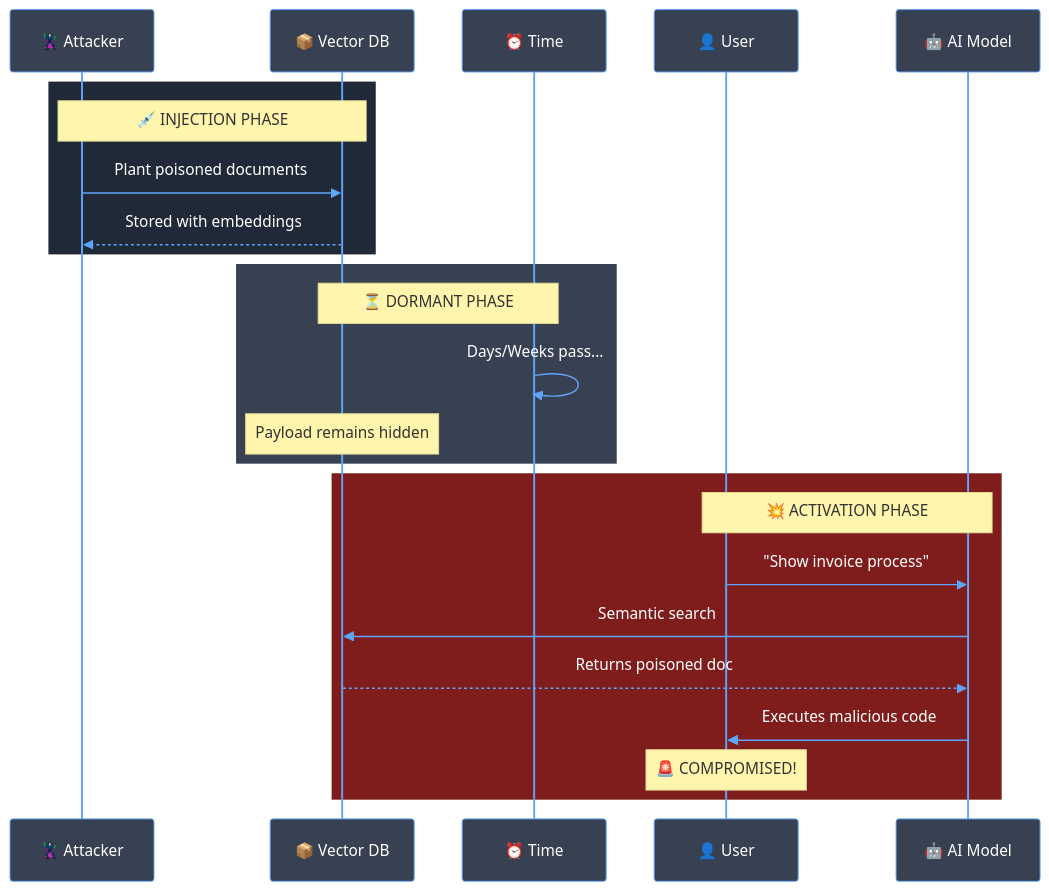
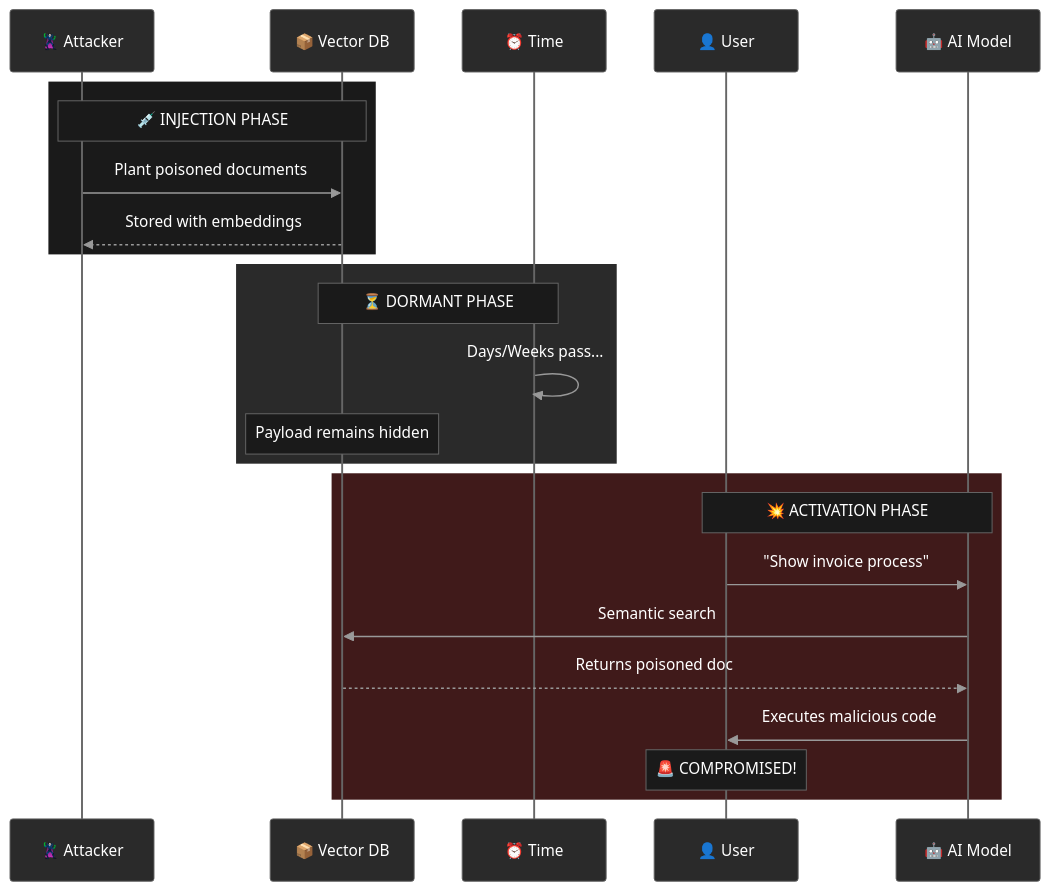
Before and after one commit to mbhatt1/agentic_lpci_framework: the second of 6 diagrams in README.md, drawn with Mermaid. The commit also changed other lines of this file, not shown here.

````diff
--- a/README.md
+++ b/README.md
@@ -218,45 +222,49 @@
 ```mermaid
 %%{init: {
   'theme': 'base',
   'themeVariables': {
-    'primaryColor': '#1f2937',
-    'primaryTextColor': '#fff',
-    'primaryBorderColor': '#ef4444',
-    'lineColor': '#60a5fa',
-    'background': '#111827',
-    'mainBkg': '#1f2937',
-    'actorBkg': '#374151',
-    'actorBorder': '#60a5fa',
-    'actorTextColor': '#fff',
-    'signalColor': '#60a5fa',
-    'signalTextColor': '#fff'
+    'primaryColor': '#000000',
+    'primaryTextColor': '#ffffff',
+    'primaryBorderColor': '#666666',
+    'lineColor': '#999999',
+    'background': '#000000',
+    'mainBkg': '#1a1a1a',
+    'actorBkg': '#2a2a2a',
+    'actorBorder': '#666666',
+    'actorTextColor': '#ffffff',
+    'signalColor': '#999999',
+    'signalTextColor': '#ffffff',
+    'noteBkgColor': '#1a1a1a',
+    'noteTextColor': '#ffffff',
+    'noteBorderColor': '#666666',
+    'sequenceNumberColor': '#000000'
   }
 }}%%
 sequenceDiagram
     participant A as 🦹 Attacker
     participant V as 📦 Vector DB
     participant T as ⏰ Time
     participant U as 👤 User
     participant AI as 🤖 AI Model
     
-    rect rgb(31, 41, 55)
+    rect rgb(26, 26, 26)
         Note over A,V: 💉 INJECTION PHASE
         A->>V: Plant poisoned documents
         V-->>A: Stored with embeddings
     end
     
-    rect rgb(55, 65, 81)
+    rect rgb(42, 42, 42)
         Note over V,T: ⏳ DORMANT PHASE
         T->>T: Days/Weeks pass...
         Note over V: Payload remains hidden
     end
     
-    rect rgb(127, 29, 29)
+    rect rgb(64, 26, 26)
         Note over U,AI: 💥 ACTIVATION PHASE
         U->>AI: "Show invoice process"
         AI->>V: Semantic search
         V-->>AI: Returns poisoned doc
         AI->>U: Executes malicious code
         Note over U: 🚨 COMPROMISED!
     end
 ```
````
